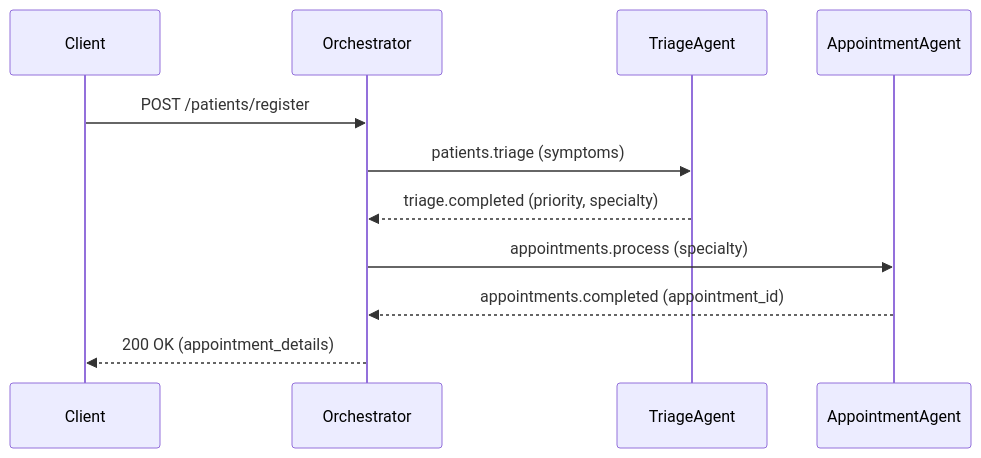
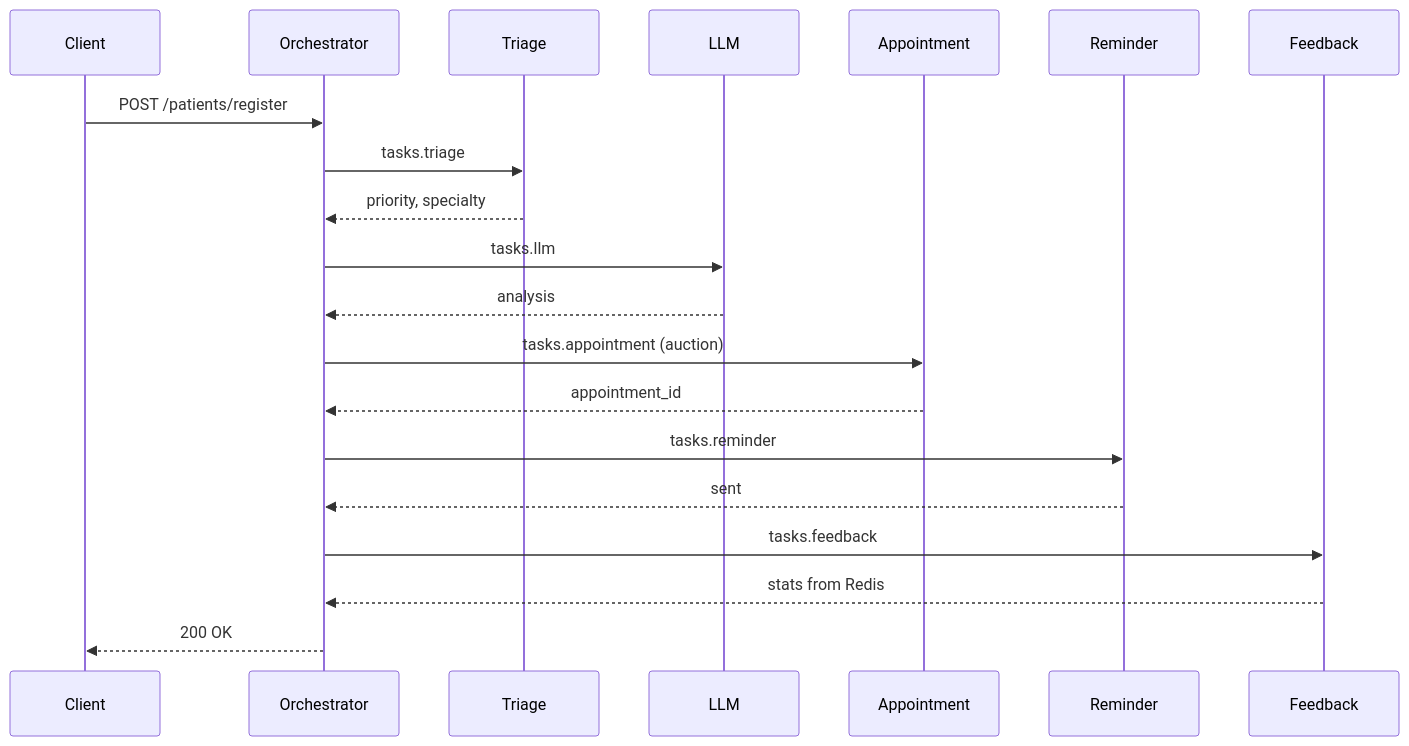
The diagram in README.md (vadeetar/Laba-13), drawn with Mermaid before and after one commit. The commit also changed other lines of this file and 26 other files, not shown here.

````diff
--- a/README.md
+++ b/README.md
@@ -16,14 +27,22 @@
 ```mermaid
 sequenceDiagram
     participant Client
     participant Orchestrator
-    participant TriageAgent
-    participant AppointmentAgent
+    participant Triage
+    participant LLM
+    participant Appointment
+    participant Reminder
+    participant Feedback
     Client->>Orchestrator: POST /patients/register
-    Orchestrator->>TriageAgent: patients.triage (symptoms)
-    TriageAgent-->>Orchestrator: triage.completed (priority, specialty)
-    Orchestrator->>AppointmentAgent: appointments.process (specialty)
-    AppointmentAgent-->>Orchestrator: appointments.completed (appointment_id)
-    Orchestrator-->>Client: 200 OK (appointment_details)
-
+    Orchestrator->>Triage: tasks.triage
+    Triage-->>Orchestrator: priority, specialty
+    Orchestrator->>LLM: tasks.llm
+    LLM-->>Orchestrator: analysis
+    Orchestrator->>Appointment: tasks.appointment (auction)
+    Appointment-->>Orchestrator: appointment_id
+    Orchestrator->>Reminder: tasks.reminder
+    Reminder-->>Orchestrator: sent
+    Orchestrator->>Feedback: tasks.feedback
+    Feedback-->>Orchestrator: stats from Redis
+    Orchestrator-->>Client: 200 OK
 ```
````
